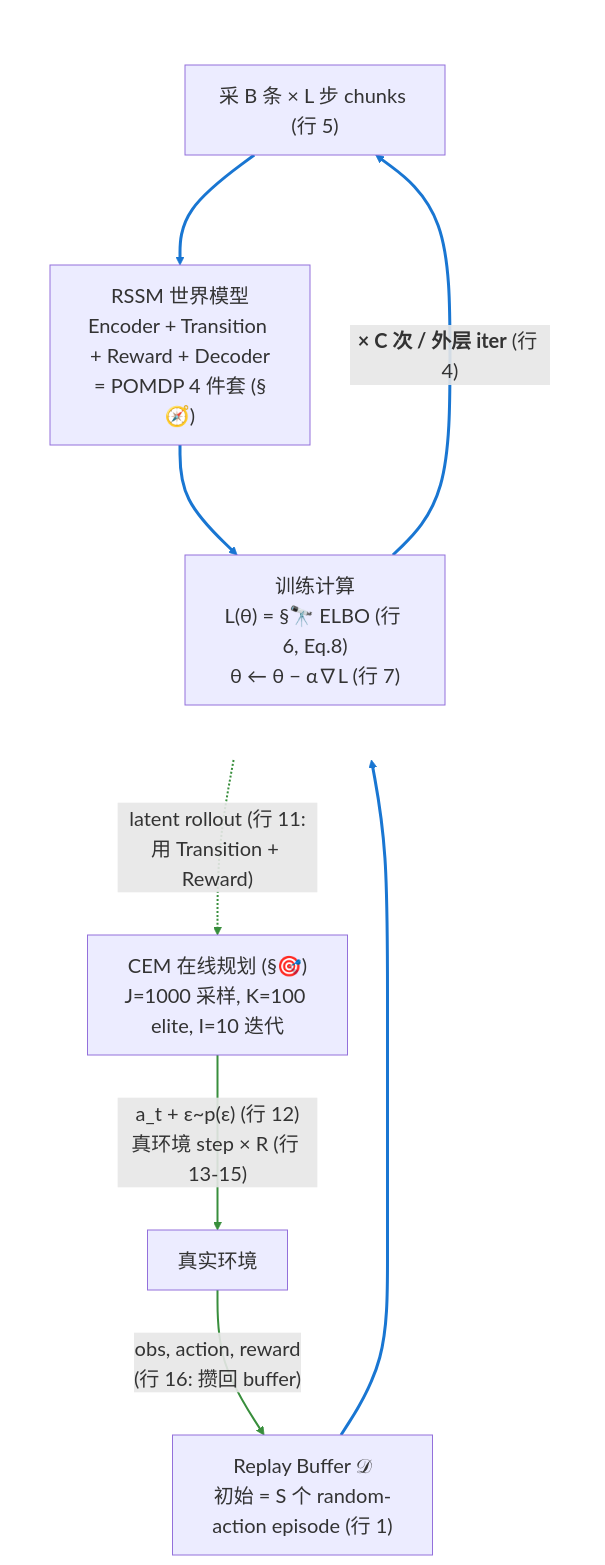
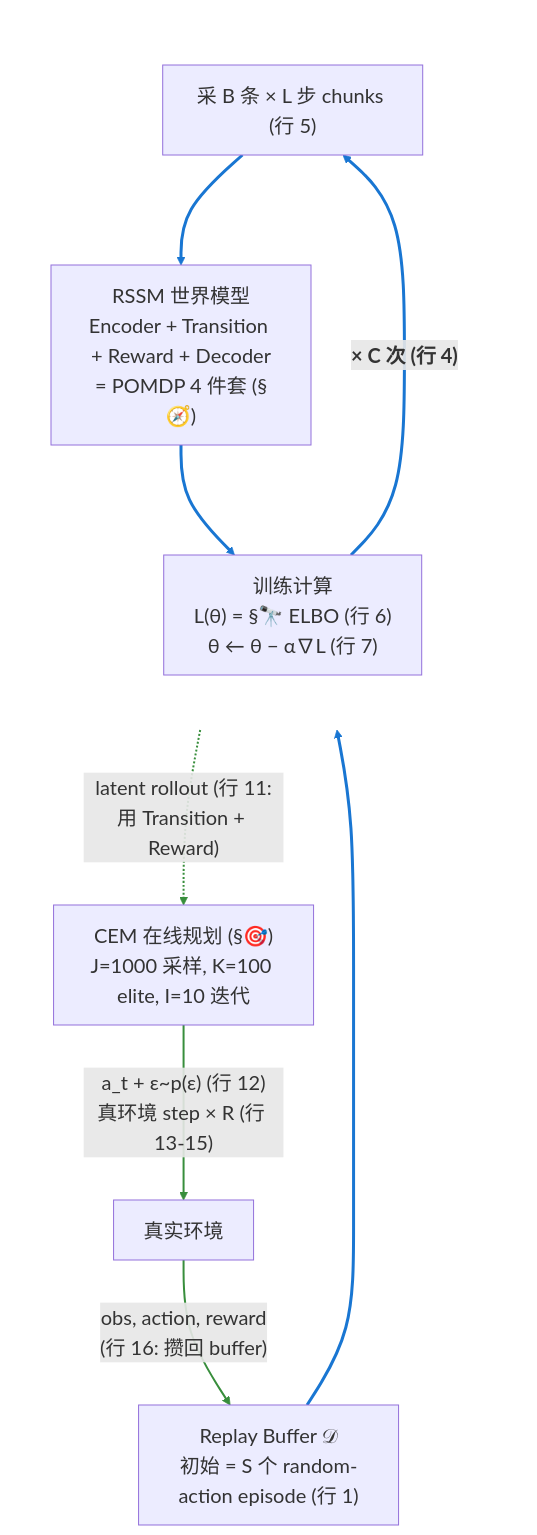
The seventh of 7 diagrams in World-Model-学习笔记.md (jinxinzhou/world-model-study), drawn with Mermaid before and after one commit. The commit also changed 1 other file, not shown here.

Commit message:
docs: shorten C-iter edge label to single line, drop Eq.8 from train box

````diff
--- a/World-Model-学习笔记.md
+++ b/World-Model-学习笔记.md
@@ -2154,33 +2154,33 @@
 ```mermaid
 %%{init: {'themeVariables': {'fontSize': '20px'}, 'flowchart': {'nodeSpacing': 60, 'rankSpacing': 85}}}%%
 flowchart TD
     Env["真实环境"]
     Buffer["Replay Buffer 𝒟<br/>初始 = S 个 random-action episode (行 1)"]
 
     subgraph A_phase [" "]
         direction TB
         Sample["采 B 条 × L 步 chunks (行 5)"]
         RSSM["RSSM 世界模型<br/>Encoder + Transition + Reward + Decoder<br/>= POMDP 4 件套 (§🧭)"]
-        Train["训练计算<br/>L(θ) = §🔭 ELBO (行 6, Eq.8)<br/>θ ← θ − α∇L (行 7)"]
-        Train -->|"<b>× C 次 / 外层 iter</b> (行 4)"| Sample
+        Train["训练计算<br/>L(θ) = §🔭 ELBO (行 6)<br/>θ ← θ − α∇L (行 7)"]
+        Train -->|"<b>× C 次 (行 4)</b>"| Sample
         Sample --> RSSM
         RSSM --> Train
     end
 
     CEM["CEM 在线规划 (§🎯)<br/>J=1000 采样, K=100 elite, I=10 迭代"]
 
     Env -->|"obs, action, reward<br/>(行 16: 攒回 buffer)"| Buffer
     Buffer --> Sample
     RSSM -.->|"latent rollout (行 11:<br/>用 Transition + Reward)"| CEM
     CEM -->|"a_t + ε~p(ε) (行 12)<br/>真环境 step × R (行 13-15)"| Env
 
     style A_phase fill:transparent,stroke:transparent
 
     linkStyle 0 stroke:#1976d2,stroke-width:3px
     linkStyle 1 stroke:#1976d2,stroke-width:3px
     linkStyle 2 stroke:#1976d2,stroke-width:3px
     linkStyle 3 stroke:#388e3c,stroke-width:2px
     linkStyle 4 stroke:#1976d2,stroke-width:3px
     linkStyle 5 stroke:#388e3c,stroke-width:2px
     linkStyle 6 stroke:#388e3c,stroke-width:2px
 ```
````
